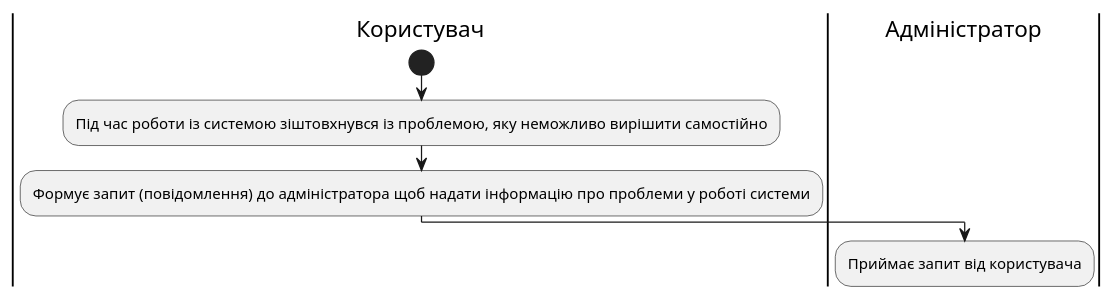
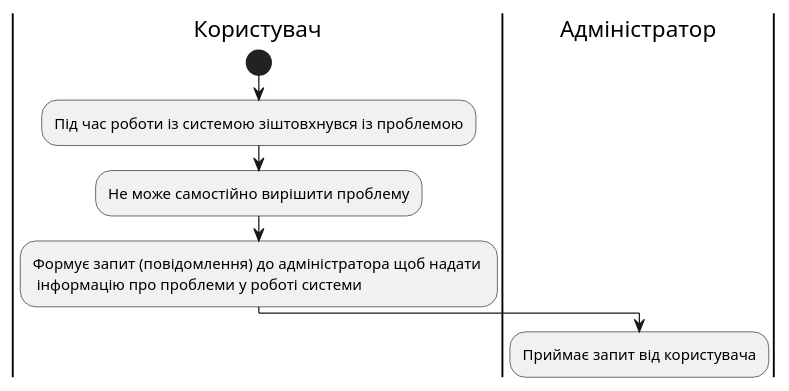
One commit to ukioxz/media-content-analyzing-system changed diagram 13 of 16 in docs/use cases/README.md. Above: the diagram before and after it, drawn with PlantUML. The commit also changed other lines of this file and 2 other files, not shown here.

```diff
--- a/docs/use cases/README.md
+++ b/docs/use cases/README.md
@@ -405,17 +360,17 @@
 @startuml
 
 |Користувач|
 
 start
 
+:Під час роботи із системою зіштовхнувся із проблемою;
 
-:Під час роботи із системою зіштовхнувся із проблемою, яку неможливо вирішити самостійно;
+:Не може самостійно вирішити проблему;
 
-:Формує запит (повідомлення) до адміністратора щоб надати інформацію про проблеми у роботі системи;
+:Формує запит (повідомлення) до адміністратора щоб надати \n інформацію про проблеми у роботі системи;
 
 |#AntiqueWhite|Адміністратор
 
 :Приймає запит від користувача;
 
-
 @enduml
```
